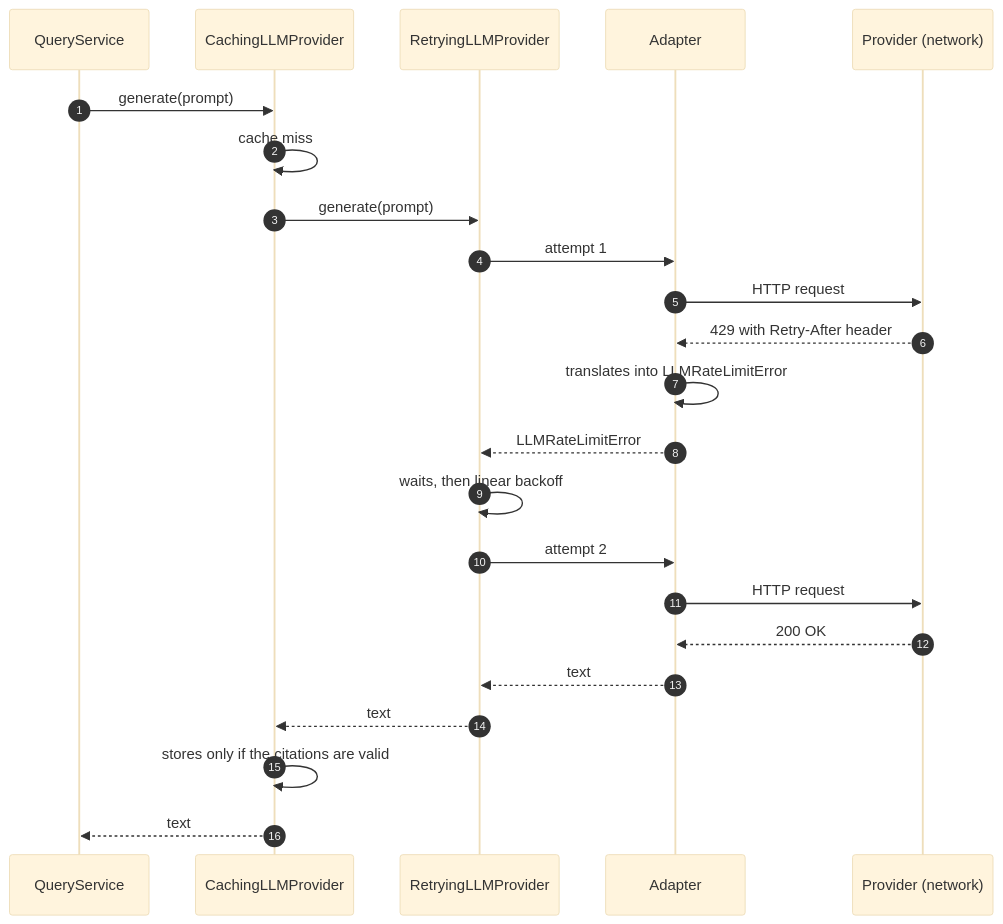
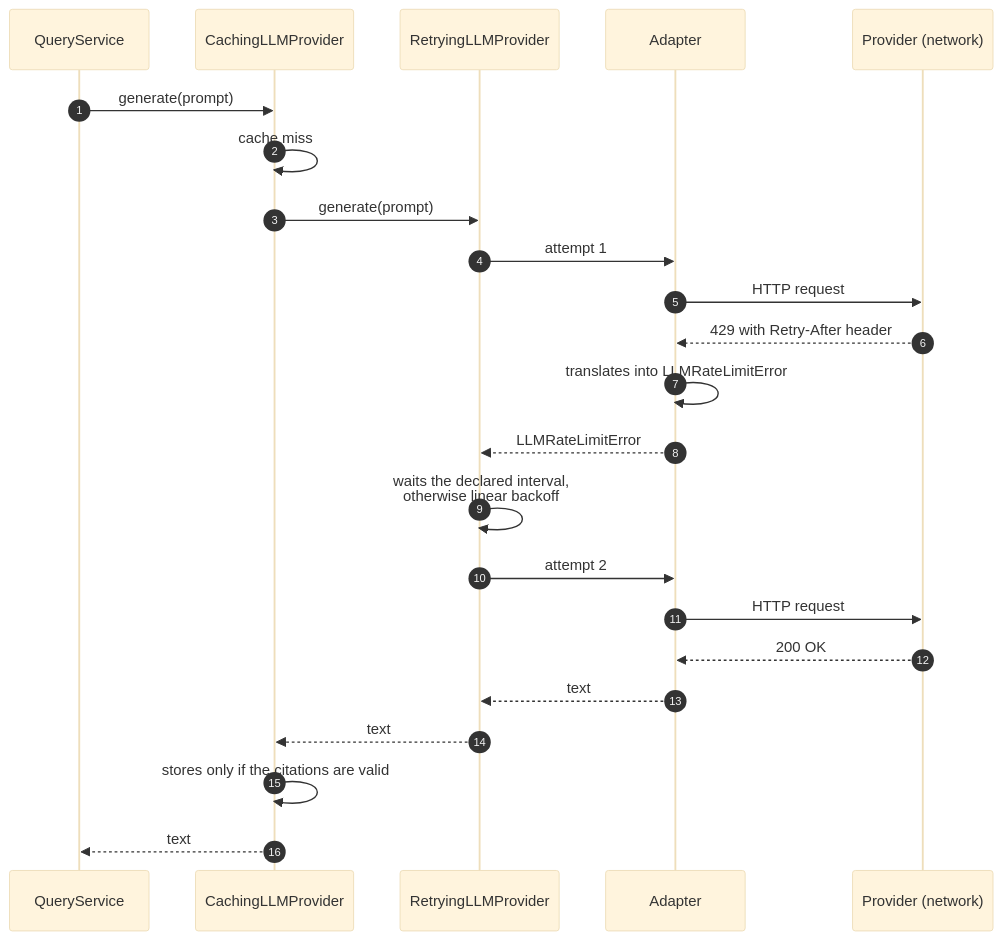
Diagram 12 of 21 in README.md (arcangelofranco/Naive-RAG-Assistant), drawn with Mermaid (base theme) before and after one commit. The commit also changed other lines of this file and 10 other files, not shown here.

````diff
--- a/README.md
+++ b/README.md
@@ -1181,28 +1184,28 @@
 ```mermaid
 sequenceDiagram
 
     autonumber
 
     participant QS as QueryService
     participant C as CachingLLMProvider
     participant R as RetryingLLMProvider
     participant A as Adapter
     participant P as Provider (network)
 
     QS->>C: generate(prompt)
     C->>C: cache miss
     C->>R: generate(prompt)
     R->>A: attempt 1
     A->>P: HTTP request
     P-->>A: 429 with Retry-After header
     A->>A: translates into LLMRateLimitError
     A-->>R: LLMRateLimitError
-    R->>R: waits, then linear backoff
+    R->>R: waits the declared interval,<br/>otherwise linear backoff
     R->>A: attempt 2
     A->>P: HTTP request
     P-->>A: 200 OK
     A-->>R: text
     R-->>C: text
     C->>C: stores only if the citations are valid
     C-->>QS: text
 ```
````
